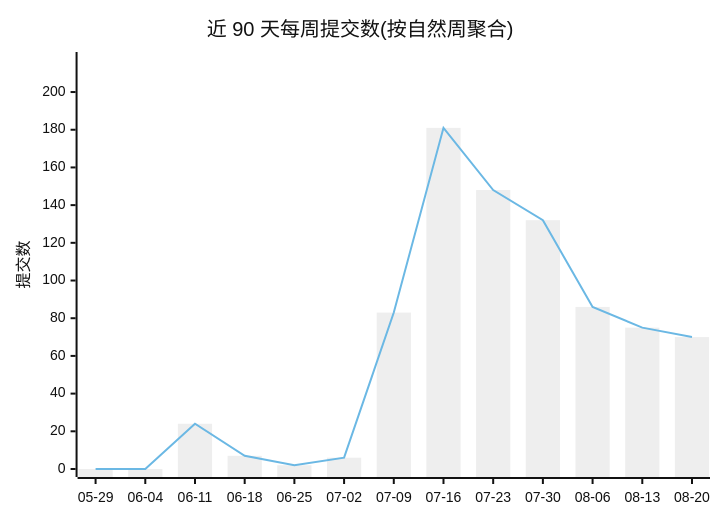
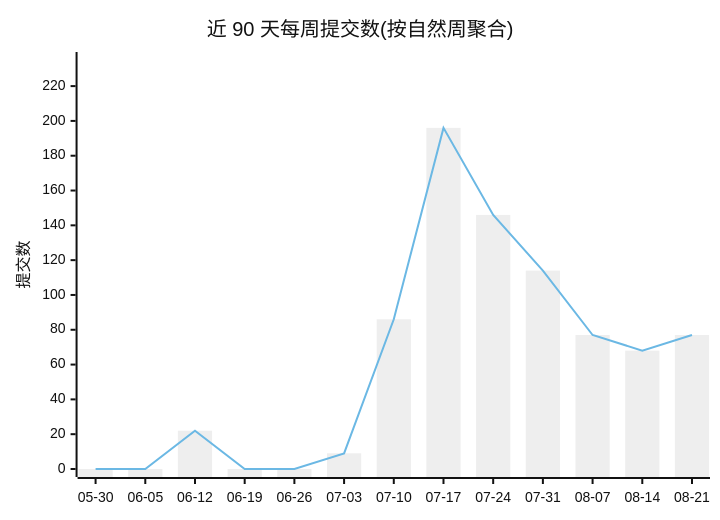
The first of 2 diagrams in profile/README.md (Conflux-Union/.github), drawn with Mermaid (neutral theme) before and after one commit. The commit also changed other lines of this file and 1 other file, not shown here.

````diff
--- a/profile/README.md
+++ b/profile/README.md
@@ -44,8 +44,8 @@
 ```mermaid
 xychart-beta
     title "近 90 天每周提交数(按自然周聚合)"
-    x-axis ["05-29", "06-04", "06-11", "06-18", "06-25", "07-02", "07-09", "07-16", "07-23", "07-30", "08-06", "08-13", "08-20"]
-    y-axis "提交数" 0 --> 217
-    bar [0, 0, 24, 7, 2, 6, 83, 181, 148, 132, 86, 75, 70]
-    line [0, 0, 24, 7, 2, 6, 83, 181, 148, 132, 86, 75, 70]
+    x-axis ["05-30", "06-05", "06-12", "06-19", "06-26", "07-03", "07-10", "07-17", "07-24", "07-31", "08-07", "08-14", "08-21"]
+    y-axis "提交数" 0 --> 235
+    bar [0, 0, 22, 0, 0, 9, 86, 196, 146, 114, 77, 68, 77]
+    line [0, 0, 22, 0, 0, 9, 86, 196, 146, 114, 77, 68, 77]
 ```
````
